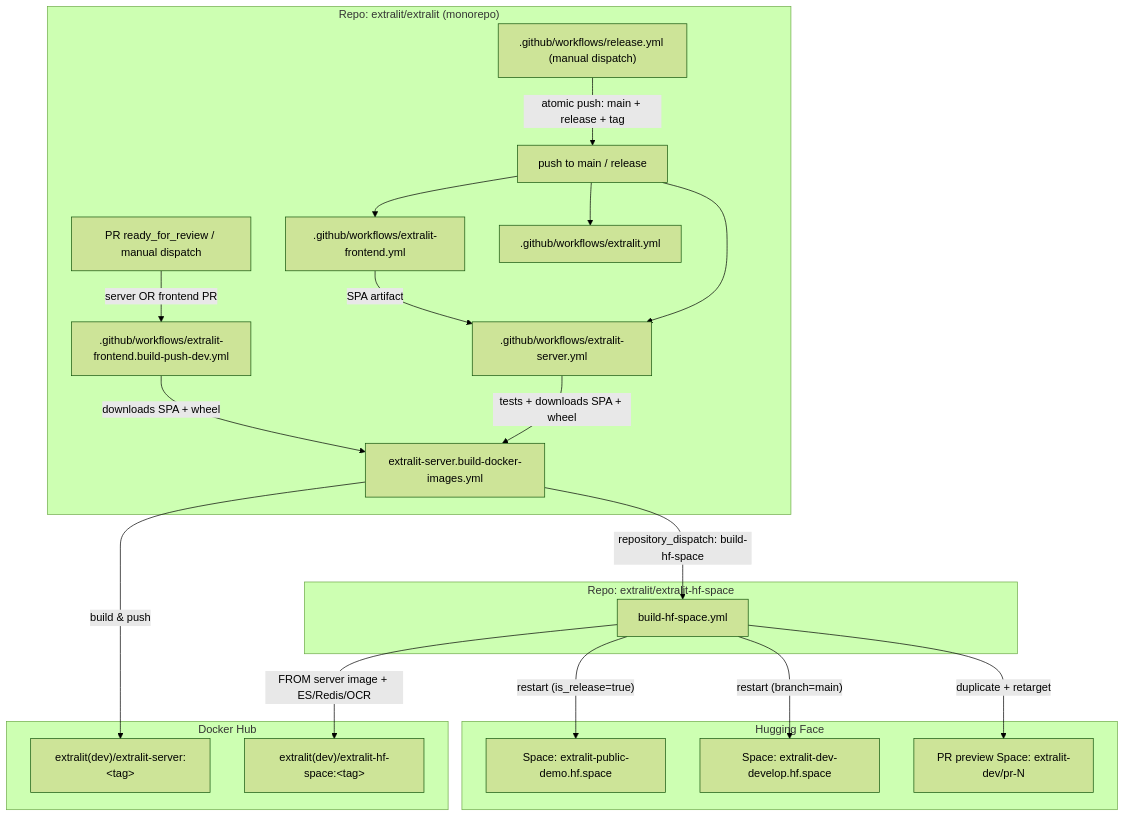
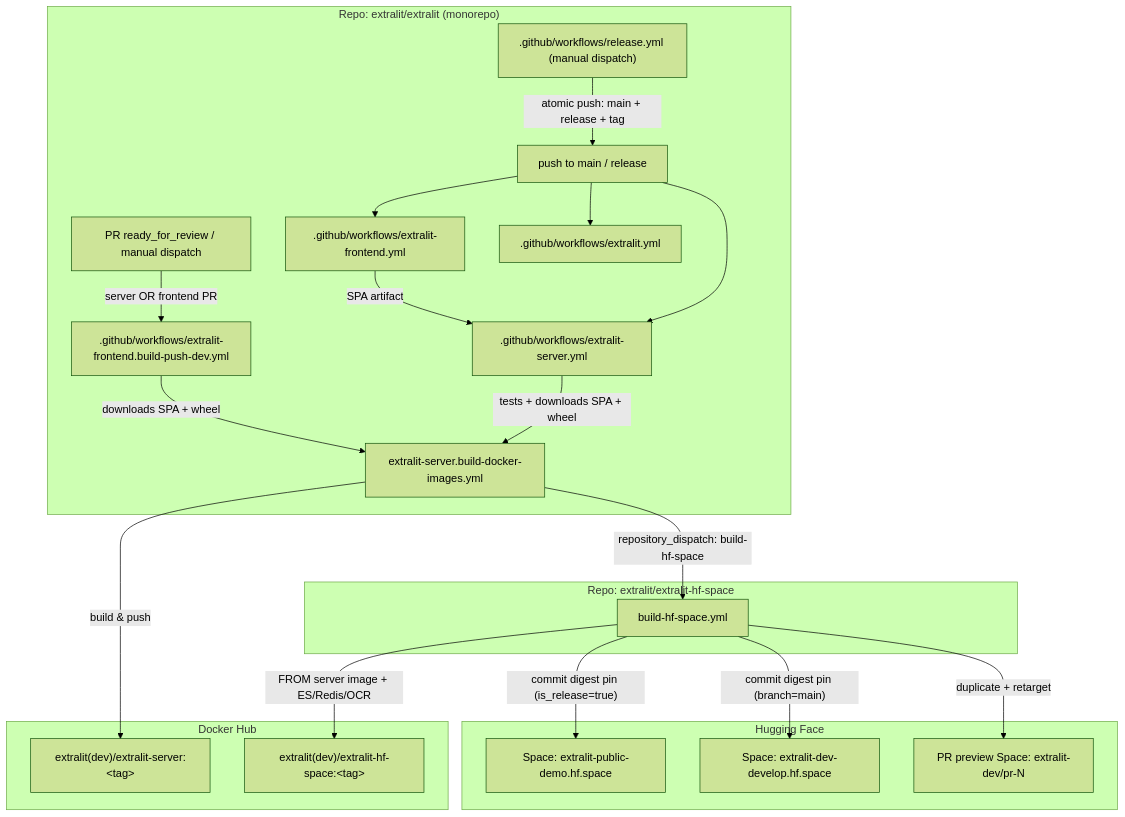
The diagram in docs/architecture/deployment.md (Extralit/extralit), drawn with Mermaid (forest theme) before and after one commit. The commit also changed other lines of this file, not shown here.

First line of the commit message:
docs(deployment): purge stale restart references from the deploy path [skip review]

````diff
--- a/docs/architecture/deployment.md
+++ b/docs/architecture/deployment.md
@@ -45,43 +45,43 @@
 ```mermaid
 flowchart TD
     subgraph monorepo["Repo: extralit/extralit (monorepo)"]
         push["push to main / release"]
         rel[".github/workflows/release.yml (manual dispatch)"]
         prready["PR ready_for_review / manual dispatch"]
         fe[".github/workflows/extralit-frontend.yml"]
         sdk[".github/workflows/extralit.yml"]
         srv[".github/workflows/extralit-server.yml"]
         prev[".github/workflows/extralit-frontend.build-push-dev.yml"]
         srvbuild["extralit-server.build-docker-images.yml"]
     end
 
     subgraph hub["Docker Hub"]
         srvimg["extralit(dev)/extralit-server:&lt;tag&gt;"]
         spaceimg["extralit(dev)/extralit-hf-space:&lt;tag&gt;"]
     end
 
     subgraph hfrepo["Repo: extralit/extralit-hf-space"]
         bhs["build-hf-space.yml"]
     end
 
     subgraph hf["Hugging Face"]
         demo["Space: extralit-public-demo.hf.space"]
         dev["Space: extralit-dev-develop.hf.space"]
         prspace["PR preview Space: extralit-dev/pr-N"]
     end
 
     rel -->|"atomic push: main + release + tag"| push
     push --> fe
     push --> sdk
     push --> srv
     prready -->|server OR frontend PR| prev
     fe -->|SPA artifact| srv
     srv -->|tests + downloads SPA + wheel| srvbuild
     prev -->|downloads SPA + wheel| srvbuild
     srvbuild -->|build & push| srvimg
     srvbuild -->|repository_dispatch: build-hf-space| bhs
     bhs -->|FROM server image + ES/Redis/OCR| spaceimg
-    bhs -->|"restart (is_release=true)"| demo
-    bhs -->|"restart (branch=main)"| dev
+    bhs -->|"commit digest pin (is_release=true)"| demo
+    bhs -->|"commit digest pin (branch=main)"| dev
     bhs -->|duplicate + retarget| prspace
 ```
````
